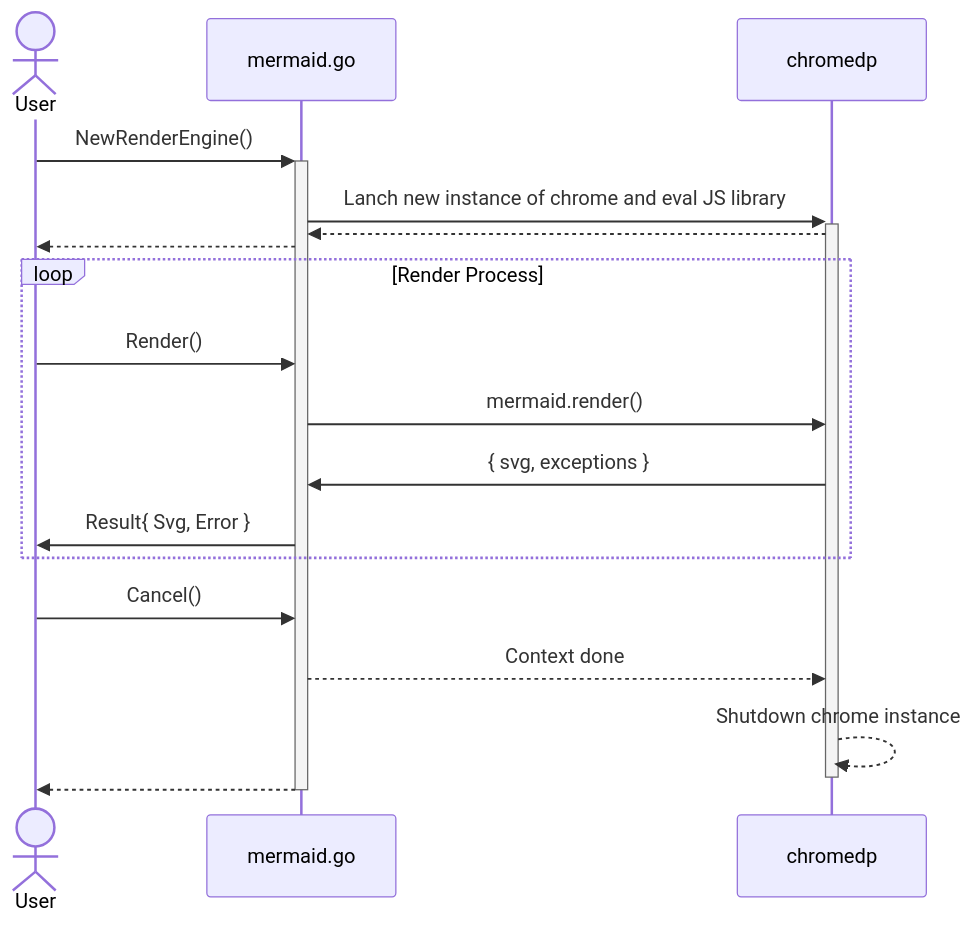
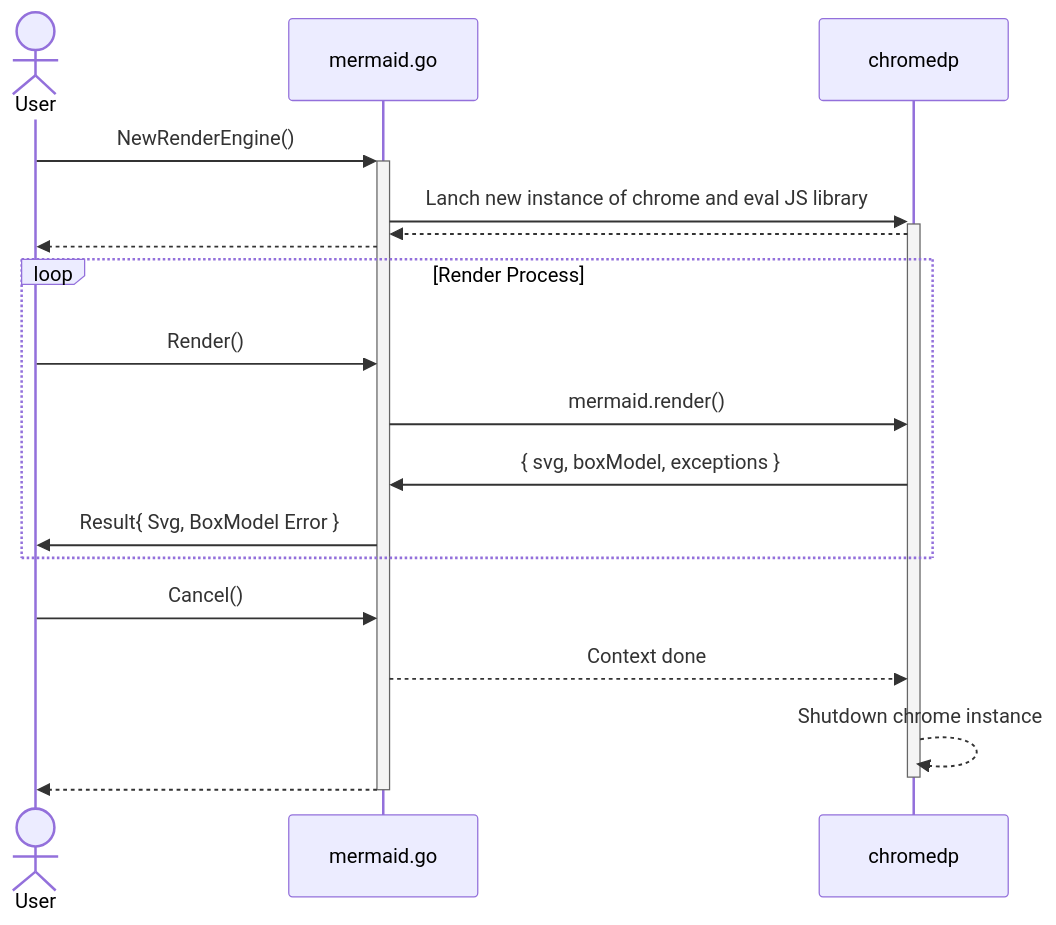
Before and after one commit to dreampuf/mermaid.go: the diagram in README.md, drawn with Mermaid. The commit also changed other lines of this file and 2 other files, not shown here.

Commit message:
Expose the ability of dimensions access

````diff
--- a/README.md
+++ b/README.md
@@ -5,23 +5,23 @@
 ```mermaid
 sequenceDiagram
     Actor A as User
     participant B as mermaid.go
     participant C as chromedp
 
     A ->>+ B: NewRenderEngine()
     B ->>+ C: Lanch new instance of chrome and eval JS library
     C -->> B: 
     B -->> A: 
     
     loop Render Process
         A ->> B: Render()
         B ->> C: mermaid.render()
-        C ->> B: { svg, exceptions }
-        B ->> A: Result{ Svg, Error }
+        C ->> B: { svg, boxModel, exceptions }
+        B ->> A: Result{ Svg, BoxModel Error }
     end
 
     A ->> B: Cancel()
     B -->> C: Context done
     C -->>- C: Shutdown chrome instance
     B -->>- A: 
 ```
````
